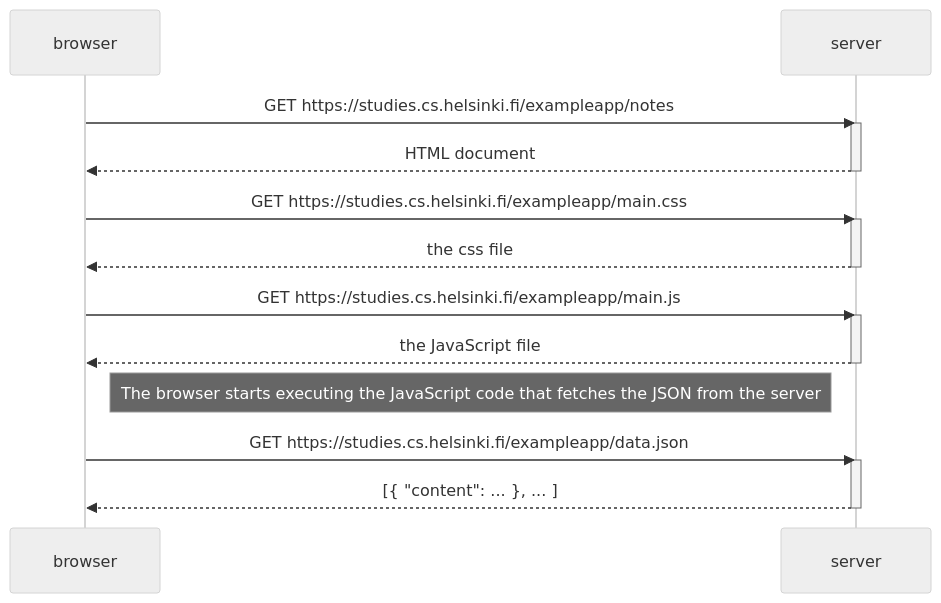
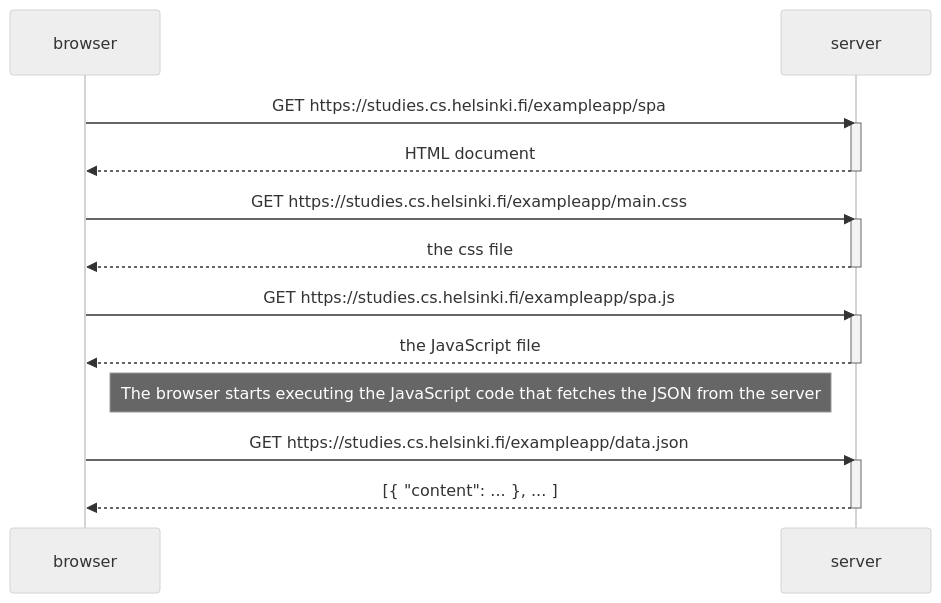
One commit to alkrec/FullStackOpen changed the diagram in Part0/Exercise_0.5.md. Above: the diagram before and after it, drawn with Mermaid (neutral theme).

````diff
--- a/Part0/Exercise_0.5.md
+++ b/Part0/Exercise_0.5.md
@@ -1,27 +1,27 @@
 ```mermaid
 sequenceDiagram
     participant browser
     participant server
 
-    browser->>server: GET https://studies.cs.helsinki.fi/exampleapp/notes
+    browser->>server: GET https://studies.cs.helsinki.fi/exampleapp/spa
     activate server
     server-->>browser: HTML document
     deactivate server
 
     browser->>server: GET https://studies.cs.helsinki.fi/exampleapp/main.css
     activate server
     server-->>browser: the css file
     deactivate server
 
-    browser->>server: GET https://studies.cs.helsinki.fi/exampleapp/main.js
+    browser->>server: GET https://studies.cs.helsinki.fi/exampleapp/spa.js
     activate server
     server-->>browser: the JavaScript file
     deactivate server
 
     Note right of browser: The browser starts executing the JavaScript code that fetches the JSON from the server
 
     browser->>server: GET https://studies.cs.helsinki.fi/exampleapp/data.json
     activate server
     server-->>browser: [{ "content": ... }, ... ]
     deactivate server
 ```
````
